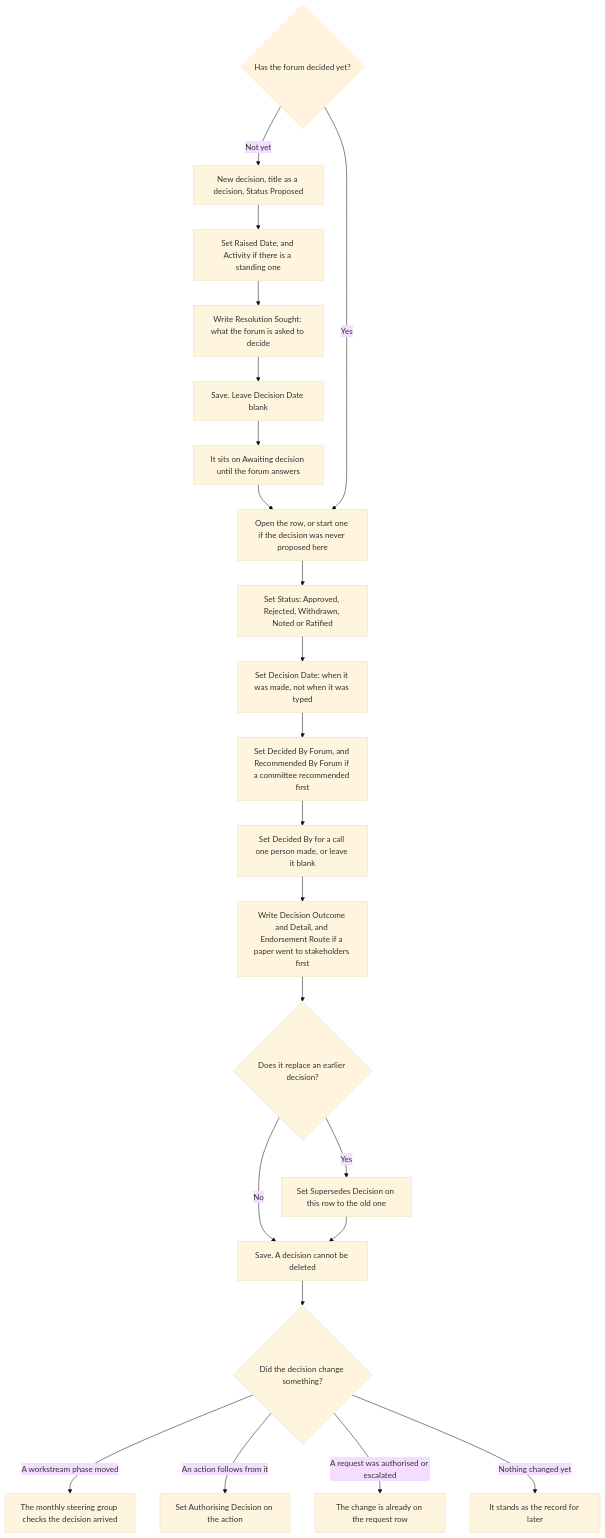
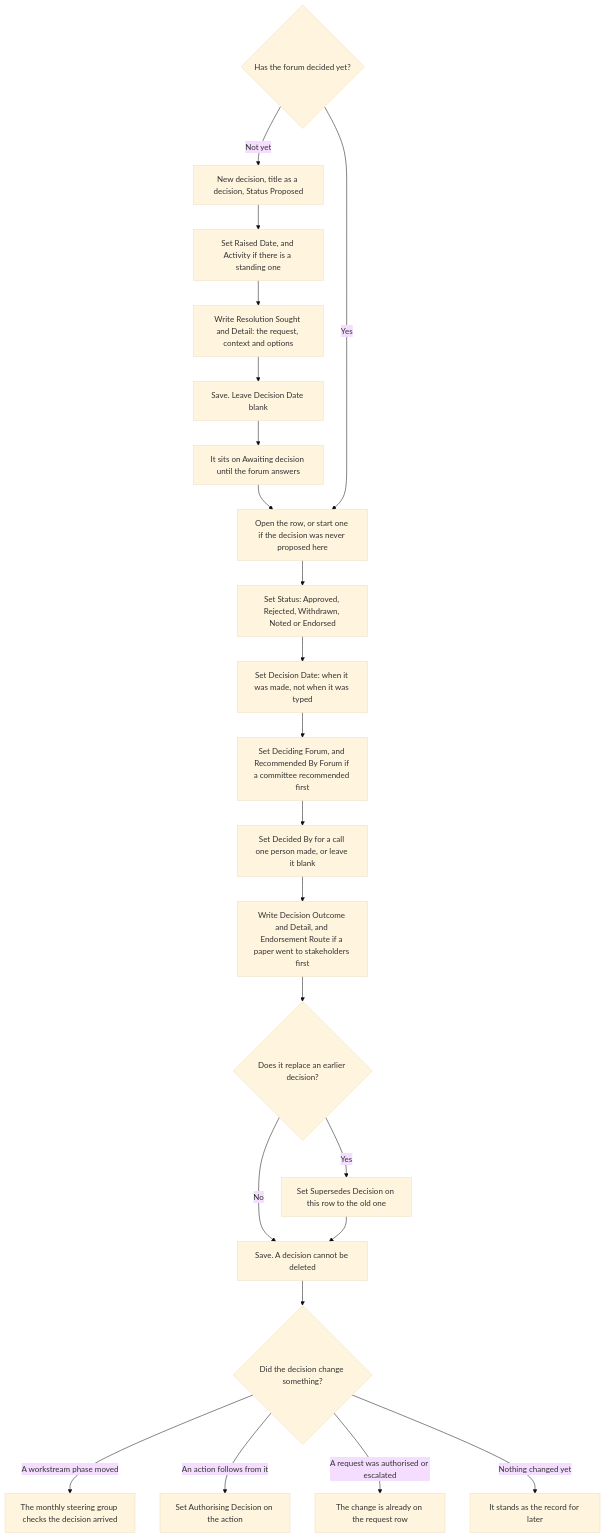
One commit to firmfooting/dbml-sharepoint changed the diagram in src/dbml_sharepoint/solutions/programme-governance/40-adopt/workflows/record-a-decision.md. Above: the diagram before and after it, drawn with Mermaid (base theme). The commit also changed other lines of this file and 17 other files, not shown here.

First line of the commit message:
feat(programme-governance)!: proposed and rejected risks, structured detail, and ID in every delivery view (#591)

````diff
--- a/src/dbml_sharepoint/solutions/programme-governance/40-adopt/workflows/record-a-decision.md
+++ b/src/dbml_sharepoint/solutions/programme-governance/40-adopt/workflows/record-a-decision.md
@@ -13,25 +13,25 @@
 ```mermaid
 flowchart TD
     A{"Has the forum decided yet?"}
     A -- "Not yet" --> P1["New decision, title as a decision, Status Proposed"]
     P1 --> P2["Set Raised Date, and Activity if there is a standing one"]
-    P2 --> P3["Write Resolution Sought: what the forum is asked to decide"]
+    P2 --> P3["Write Resolution Sought and Detail: the request, context and options"]
     P3 --> P4["Save. Leave Decision Date blank"]
     P4 --> P5["It sits on Awaiting decision until the forum answers"]
     P5 --> B
     A -- "Yes" --> B["Open the row, or start one if the decision was never proposed here"]
-    B --> C["Set Status: Approved, Rejected, Withdrawn, Noted or Ratified"]
+    B --> C["Set Status: Approved, Rejected, Withdrawn, Noted or Endorsed"]
     C --> D["Set Decision Date: when it was made, not when it was typed"]
-    D --> E["Set Decided By Forum, and Recommended By Forum if a committee recommended first"]
+    D --> E["Set Deciding Forum, and Recommended By Forum if a committee recommended first"]
     E --> F["Set Decided By for a call one person made, or leave it blank"]
     F --> G["Write Decision Outcome and Detail, and Endorsement Route if a paper went to stakeholders first"]
     G --> G2{"Does it replace an earlier decision?"}
     G2 -- "Yes" --> G3["Set Supersedes Decision on this row to the old one"]
     G2 -- "No" --> H
     G3 --> H["Save. A decision cannot be deleted"]
     H --> I{"Did the decision change something?"}
     I -- "A workstream phase moved" --> J["The monthly steering group checks the decision arrived"]
     I -- "An action follows from it" --> K["Set Authorising Decision on the action"]
     I -- "A request was authorised or escalated" --> L["The change is already on the request row"]
     I -- "Nothing changed yet" --> M["It stands as the record for later"]
 ```
````
